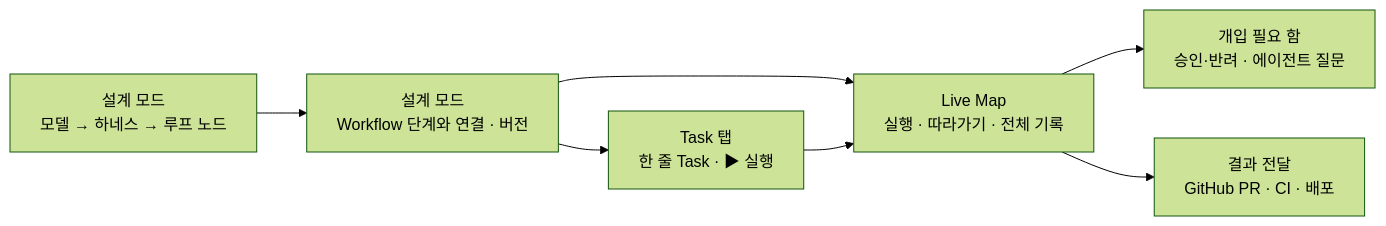
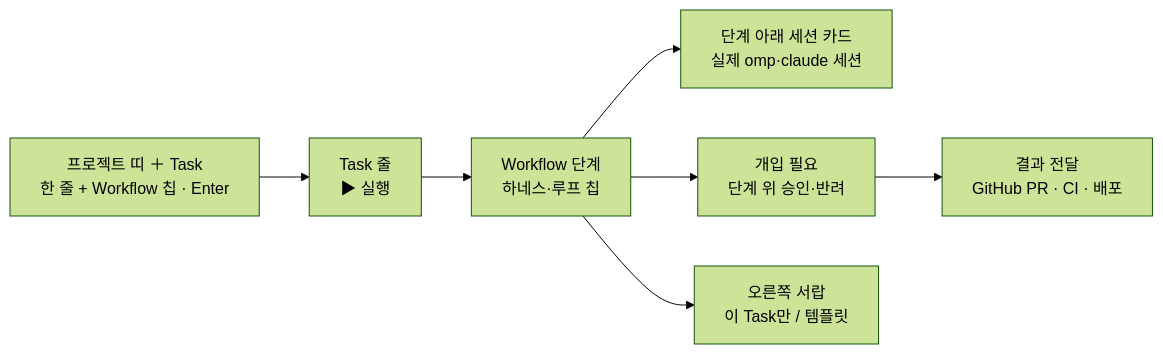
The first of 3 diagrams in docs/guide/engineering.md (thdrmsqhd/omp-live-map), drawn with Mermaid (forest theme) before and after one commit. The commit also changed other lines of this file and 91 other files, not shown here.

First line of the commit message:
[omp-live-map]-[관제]: 프로젝트·Task·Workflow 단계·세션을 맵 하나로 통합, 상단 탭·설계·Task 탭 제거

````diff
--- a/docs/guide/engineering.md
+++ b/docs/guide/engineering.md
@@ -13,9 +12,9 @@
 ```mermaid
 flowchart LR
-  A["설계 모드<br/>모델 → 하네스 → 루프 노드"] --> E["설계 모드<br/>Workflow 단계와 연결 · 버전"]
-  E --> F["Task 탭<br/>한 줄 Task · ▶ 실행"]
-  E --> G["Live Map<br/>실행 · 따라가기 · 전체 기록"]
-  F --> G
-  G --> I["개입 필요 함<br/>승인·반려 · 에이전트 질문"]
-  G --> H["결과 전달<br/>GitHub PR · CI · 배포"]
+  B["프로젝트 띠 ＋ Task<br/>한 줄 + Workflow 칩 · Enter"] --> T["Task 줄<br/>▶ 실행"]
+  T --> S["Workflow 단계<br/>하네스·루프 칩"]
+  S --> C["단계 아래 세션 카드<br/>실제 omp·claude 세션"]
+  S --> I["개입 필요<br/>단계 위 승인·반려"]
+  S --> D["오른쪽 서랍<br/>이 Task만 / 템플릿"]
+  I --> H["결과 전달<br/>GitHub PR · CI · 배포"]
 ```
````
